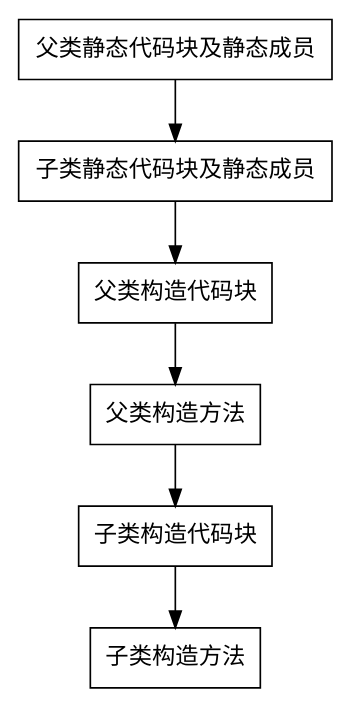
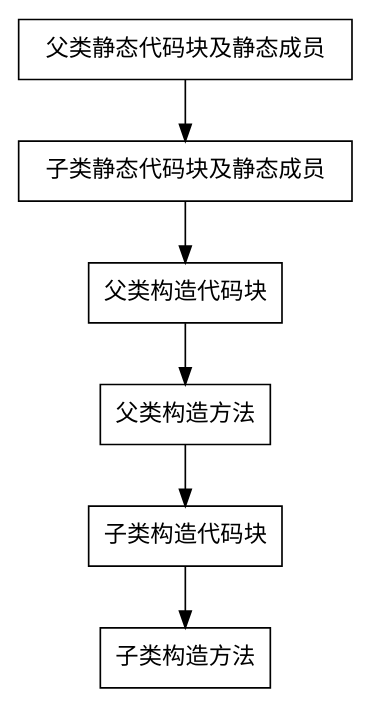
One commit to intflag/CSTree changed the second of 2 diagrams in docs/java/basics.md. Above: the diagram before and after it, drawn with Graphviz. The commit also changed other lines of this file, not shown here.

````diff
--- a/docs/java/basics.md
+++ b/docs/java/basics.md
@@ -178,11 +178,11 @@
 ```dot
 digraph demo{
-    a [shape = record, label = "父类静态代码块及静态成员"];
-    b [shape = record, label = "子类静态代码块及静态成员"];
+    a [shape = record, label = "&nbsp;&nbsp;父类静态代码块及静态成员&nbsp;&nbsp;"];
+    b [shape = record, label = "&nbsp;&nbsp;子类静态代码块及静态成员&nbsp;&nbsp;"];
     c [shape = record, label = "父类构造代码块"];
     d [shape = record, label = "父类构造方法"];
     e [shape = record, label = "子类构造代码块"];
     f [shape = record, label = "子类构造方法"];
     a -> b -> c -> d -> e -> f;
 }
 ```
````
